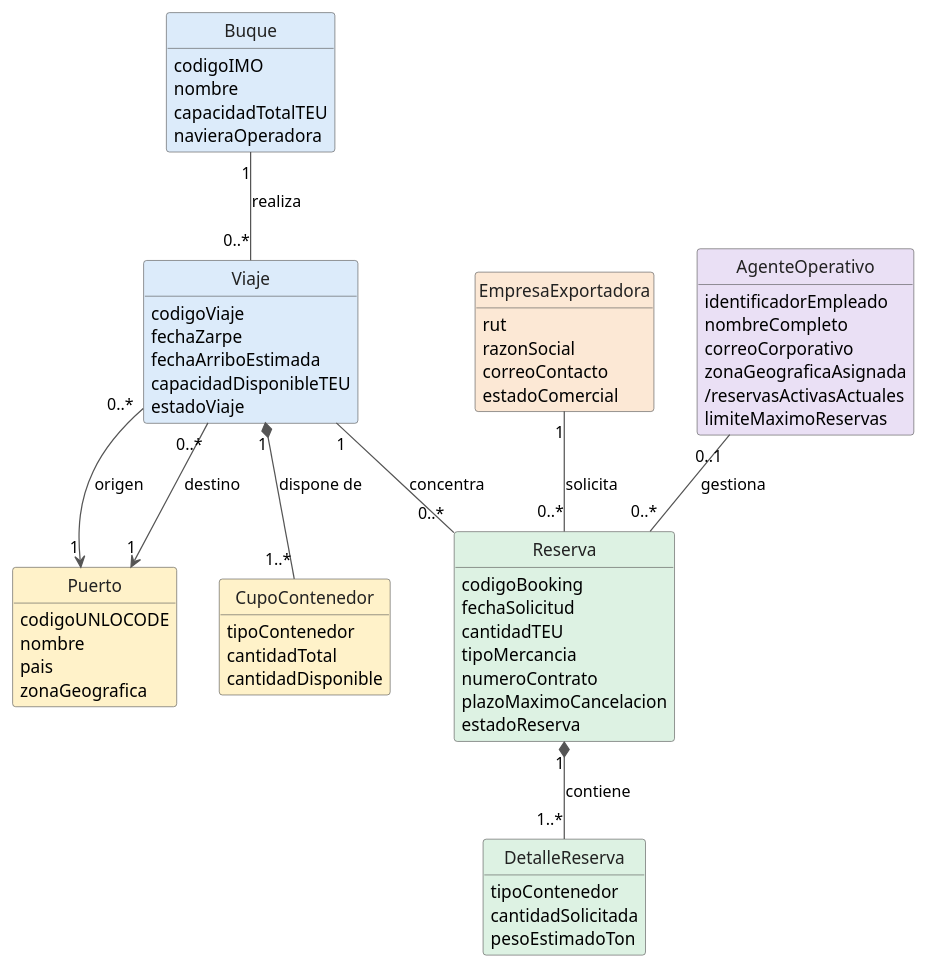
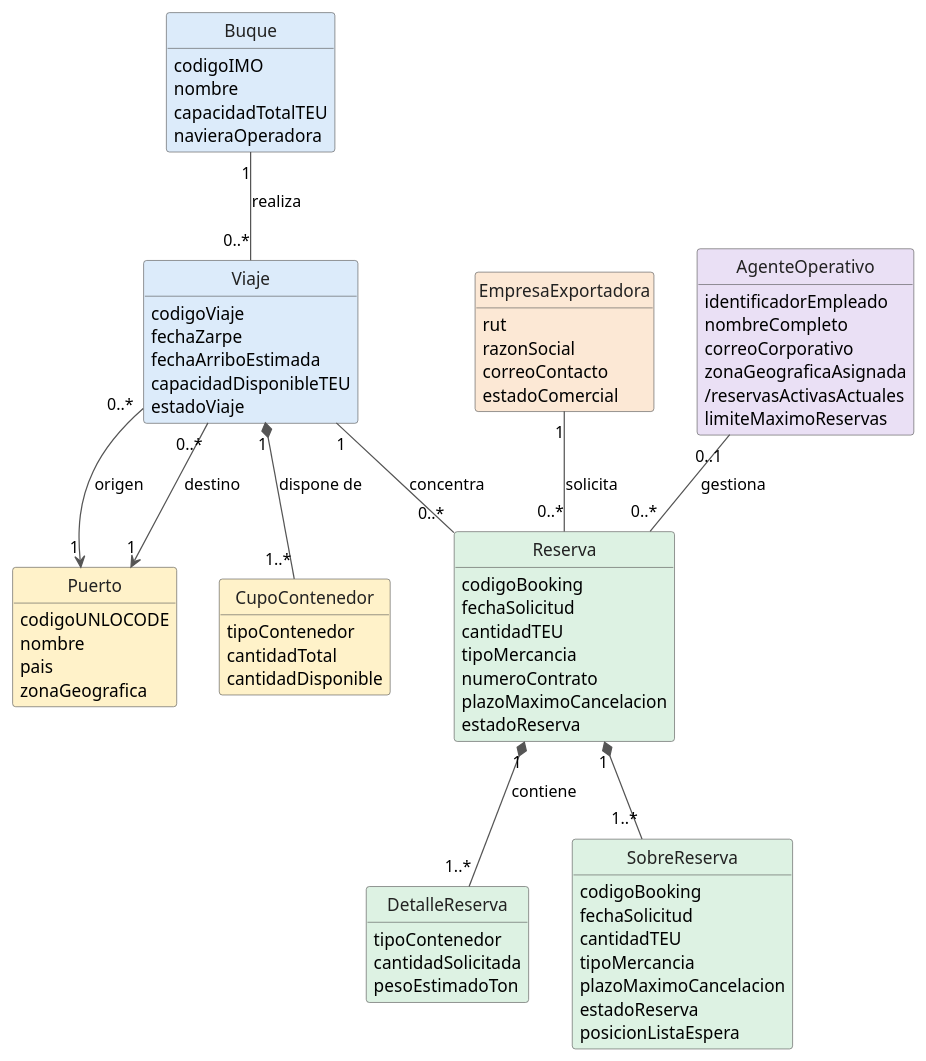
Before and after one commit to NaviCarga/Navieras: the diagram in diagramas/modelo-dominio.puml, drawn with PlantUML.

```diff
--- a/diagramas/modelo-dominio.puml
+++ b/diagramas/modelo-dominio.puml
@@ -1,108 +1,117 @@
 @startuml
-
 skinparam classAttributeIconSize 0
 skinparam monochrome false
 skinparam shadowing false
 skinparam ArrowColor #555555
 skinparam classBorderColor #555555
 skinparam classFontColor #222222
 
 hide circle
 hide empty methods
 
 ' =========================
 ' CLASES DE TRANSPORTE
 ' =========================
 
 class Buque #DCEBFA {
   codigoIMO
   nombre
   capacidadTotalTEU
   navieraOperadora
 }
 
 class Viaje #DCEBFA {
   codigoViaje
   fechaZarpe
   fechaArriboEstimada
   capacidadDisponibleTEU
   estadoViaje
 }
 
 ' =========================
 ' CLASES DE INFRAESTRUCTURA
 ' =========================
 
 class Puerto #FFF2C9 {
   codigoUNLOCODE
   nombre
   pais
   zonaGeografica
 }
 
 class CupoContenedor #FFF2C9 {
   tipoContenedor
   cantidadTotal
   cantidadDisponible
 }
 
 ' =========================
 ' CLASES DE RESERVAS
 ' =========================
 
 class Reserva #DDF2E3 {
   codigoBooking
   fechaSolicitud
   cantidadTEU
   tipoMercancia
   numeroContrato
   plazoMaximoCancelacion
   estadoReserva
 }
 
 class DetalleReserva #DDF2E3 {
   tipoContenedor
   cantidadSolicitada
   pesoEstimadoTon
 }
+class SobreReserva #DDF2E3{
+  codigoBooking
+  fechaSolicitud
+  cantidadTEU
+  tipoMercancia
+  plazoMaximoCancelacion
+  estadoReserva
+  posicionListaEspera
+}
 
 ' =========================
 ' CLASES DE ACTORES
 ' =========================
 
 class EmpresaExportadora #FCE8D5 {
   rut
   razonSocial
   correoContacto
   estadoComercial
 }
 
 class AgenteOperativo #EAE0F5 {
   identificadorEmpleado
   nombreCompleto
   correoCorporativo
   zonaGeograficaAsignada
   /reservasActivasActuales
   limiteMaximoReservas
 }
 
 ' =========================
 ' RELACIONES
 ' =========================
 
 Buque "1" -- "0..*" Viaje : realiza
 
 Viaje "0..*" --> "1" Puerto : origen
 Viaje "0..*" --> "1" Puerto : destino
 
 Viaje "1" *-- "1..*" CupoContenedor : dispone de
 
 Viaje "1" -- "0..*" Reserva : concentra
 
 Reserva "1" *-- "1..*" DetalleReserva : contiene
 
+Reserva "1" *-- "1..*"  SobreReserva 
+
 EmpresaExportadora "1" -- "0..*" Reserva : solicita
 
 AgenteOperativo "0..1" -- "0..*" Reserva : gestiona
-
 @enduml
```
